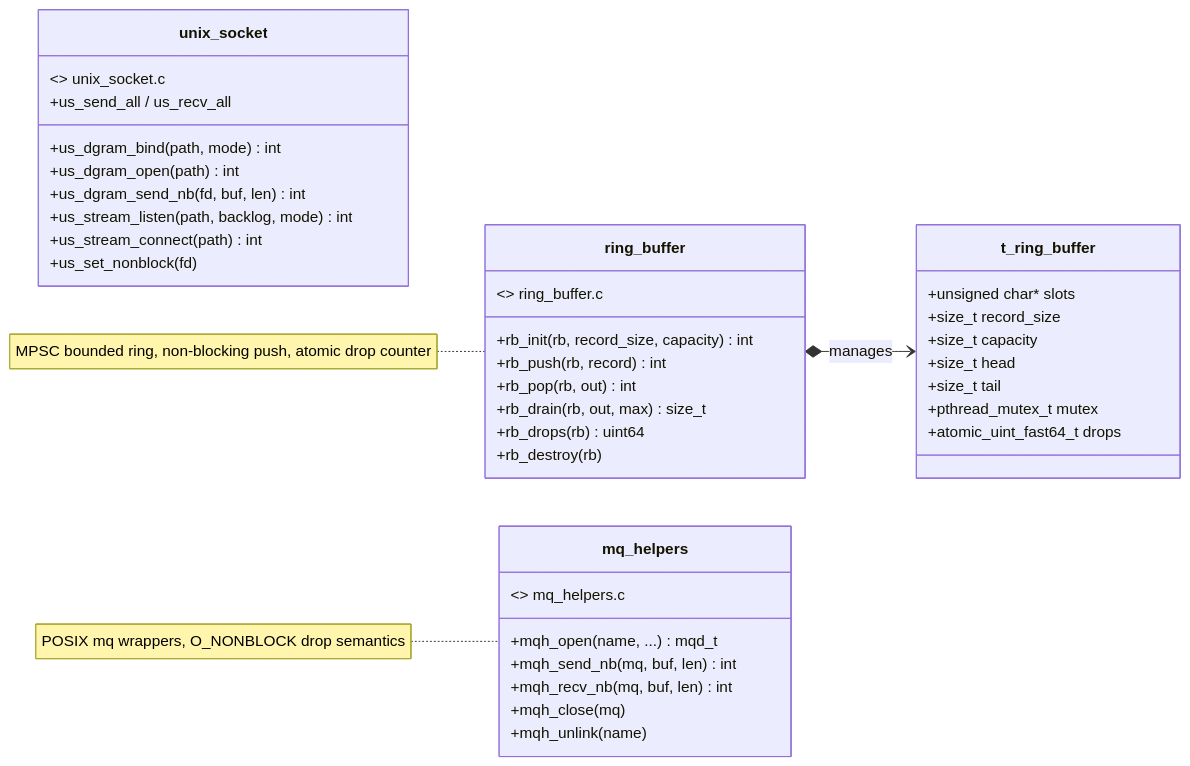
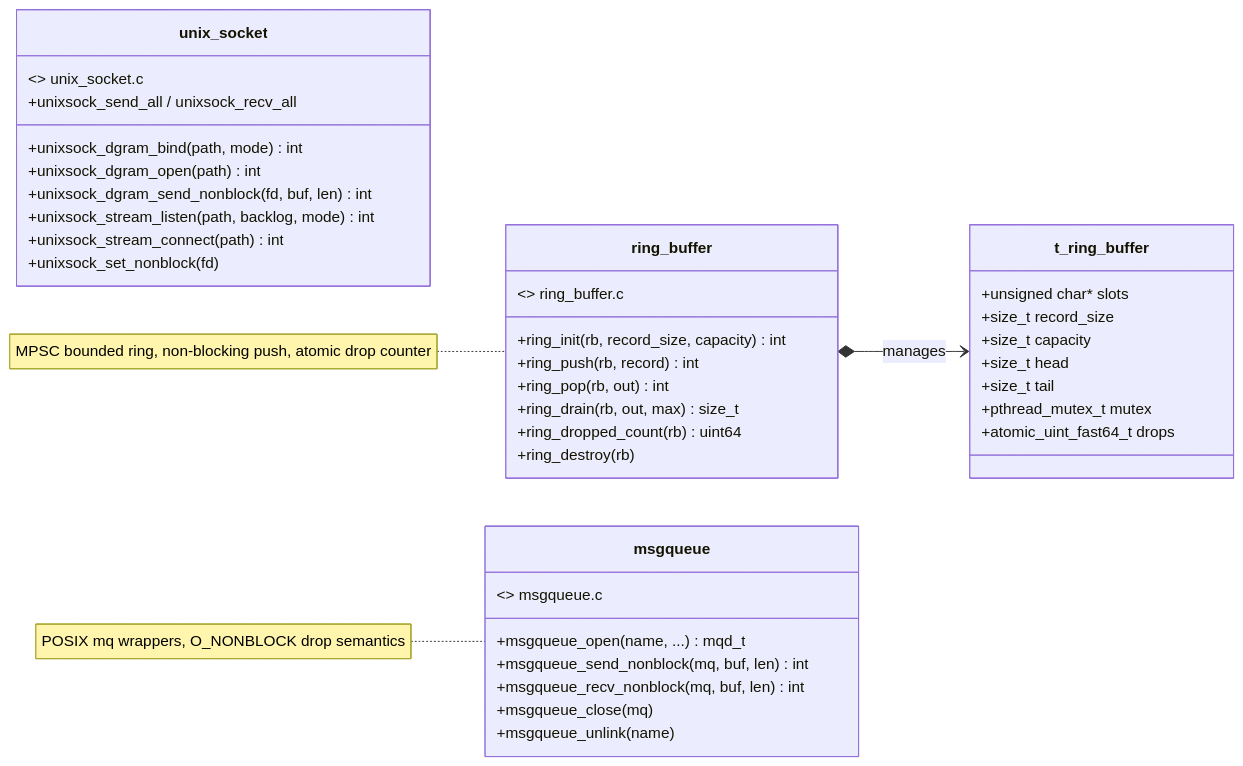
The third of 6 diagrams in docs/diagrams/component_diagrams/components_diagrams.md (ziqiqiiii/tetriSH), drawn with Mermaid before and after one commit. The commit also changed 40 other files, not shown here.

````diff
--- a/docs/diagrams/component_diagrams/components_diagrams.md
+++ b/docs/diagrams/component_diagrams/components_diagrams.md
@@ -316,47 +316,47 @@
 ```mermaid
 classDiagram
     direction LR
 
     class t_ring_buffer {
         +unsigned char* slots
         +size_t record_size
         +size_t capacity
         +size_t head
         +size_t tail
         +pthread_mutex_t mutex
         +atomic_uint_fast64_t drops
     }
 
     class ring_buffer {
         <<module>> ring_buffer.c
-        +rb_init(rb, record_size, capacity) int
-        +rb_push(rb, record) int
-        +rb_pop(rb, out) int
-        +rb_drain(rb, out, max) size_t
-        +rb_drops(rb) uint64
-        +rb_destroy(rb)
+        +ring_init(rb, record_size, capacity) int
+        +ring_push(rb, record) int
+        +ring_pop(rb, out) int
+        +ring_drain(rb, out, max) size_t
+        +ring_dropped_count(rb) uint64
+        +ring_destroy(rb)
     }
     class unix_socket {
         <<module>> unix_socket.c
-        +us_dgram_bind(path, mode) int
-        +us_dgram_open(path) int
-        +us_dgram_send_nb(fd, buf, len) int
-        +us_stream_listen(path, backlog, mode) int
-        +us_stream_connect(path) int
-        +us_send_all / us_recv_all
-        +us_set_nonblock(fd)
+        +unixsock_dgram_bind(path, mode) int
+        +unixsock_dgram_open(path) int
+        +unixsock_dgram_send_nonblock(fd, buf, len) int
+        +unixsock_stream_listen(path, backlog, mode) int
+        +unixsock_stream_connect(path) int
+        +unixsock_send_all / unixsock_recv_all
+        +unixsock_set_nonblock(fd)
     }
-    class mq_helpers {
-        <<module>> mq_helpers.c
-        +mqh_open(name, ...) mqd_t
-        +mqh_send_nb(mq, buf, len) int
-        +mqh_recv_nb(mq, buf, len) int
-        +mqh_close(mq)
-        +mqh_unlink(name)
+    class msgqueue {
+        <<module>> msgqueue.c
+        +msgqueue_open(name, ...) mqd_t
+        +msgqueue_send_nonblock(mq, buf, len) int
+        +msgqueue_recv_nonblock(mq, buf, len) int
+        +msgqueue_close(mq)
+        +msgqueue_unlink(name)
     }
 
     ring_buffer *--> t_ring_buffer : manages
 
     note for ring_buffer "MPSC bounded ring, non-blocking push, atomic drop counter"
-    note for mq_helpers "POSIX mq wrappers, O_NONBLOCK drop semantics"
+    note for msgqueue "POSIX mq wrappers, O_NONBLOCK drop semantics"
 ```
````
